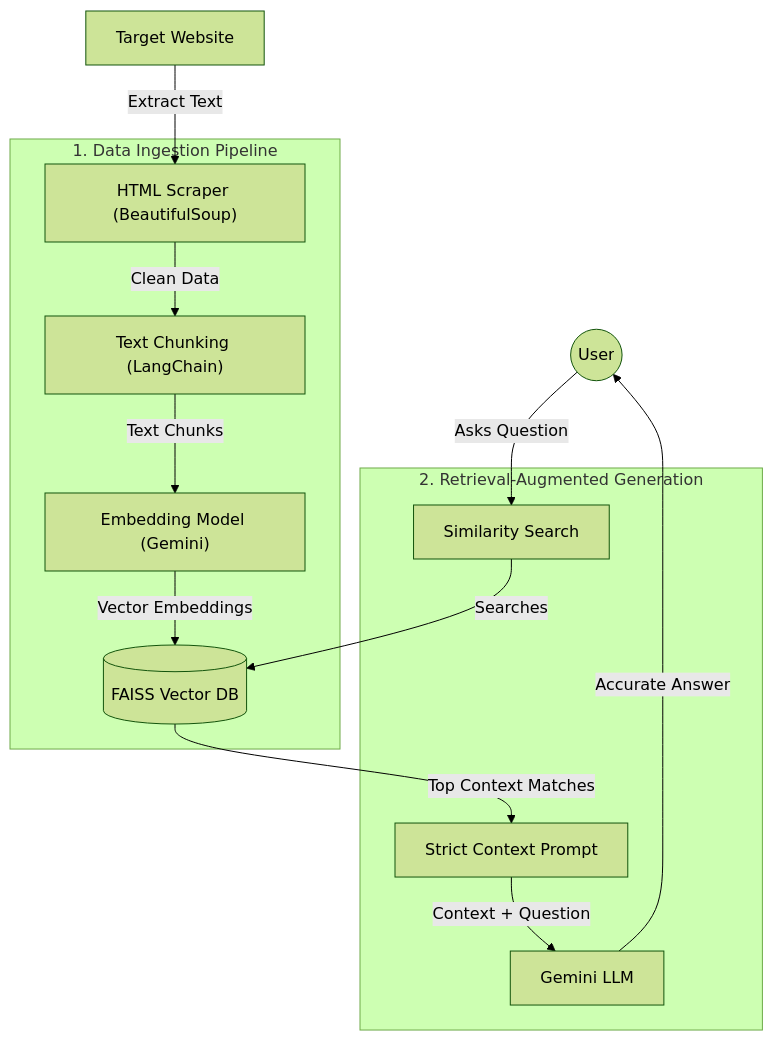
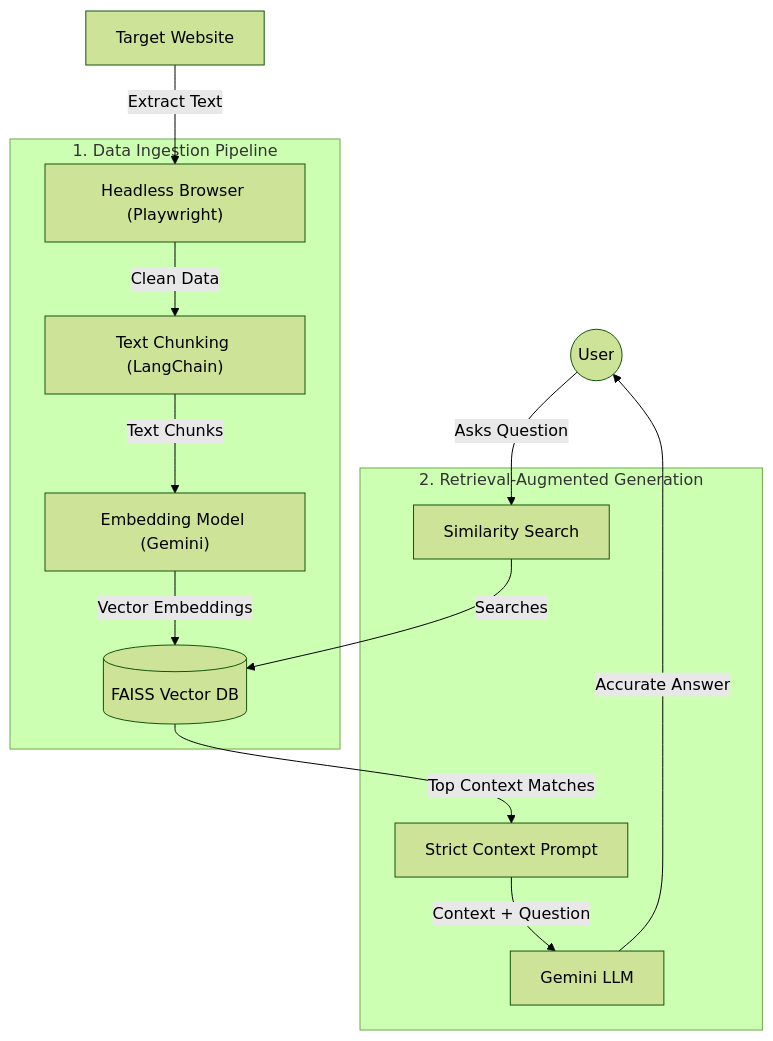
One commit to prashaantv05/SiteMind-AI changed the diagram in README.md. Above: the diagram before and after it, drawn with Mermaid (forest theme). The commit also changed other lines of this file, not shown here.

Commit message:
Update README with Playwright, Memory, and Streaming features

````diff
--- a/README.md
+++ b/README.md
@@ -23,31 +25,31 @@
 ```mermaid
 graph TD
     User(("User"))
     Web["Target Website"]
     
     subgraph "1. Data Ingestion Pipeline"
-        Scraper["HTML Scraper (BeautifulSoup)"]
+        Scraper["Headless Browser (Playwright)"]
         Splitter["Text Chunking (LangChain)"]
         Embedder["Embedding Model (Gemini)"]
         VectorDB[("FAISS Vector DB")]
     end
 
     subgraph "2. Retrieval-Augmented Generation"
         Retriever["Similarity Search"]
         Prompt["Strict Context Prompt"]
         LLM["Gemini LLM"]
     end
 
     %% Ingestion Flow
     Web -->|"Extract Text"| Scraper
     Scraper -->|"Clean Data"| Splitter
     Splitter -->|"Text Chunks"| Embedder
     Embedder -->|"Vector Embeddings"| VectorDB
 
     %% Query Flow
     User -->|"Asks Question"| Retriever
     Retriever -->|"Searches"| VectorDB
     VectorDB -->|"Top Context Matches"| Prompt
     Prompt -->|"Context + Question"| LLM
     LLM -->|"Accurate Answer"| User
 ```
````
